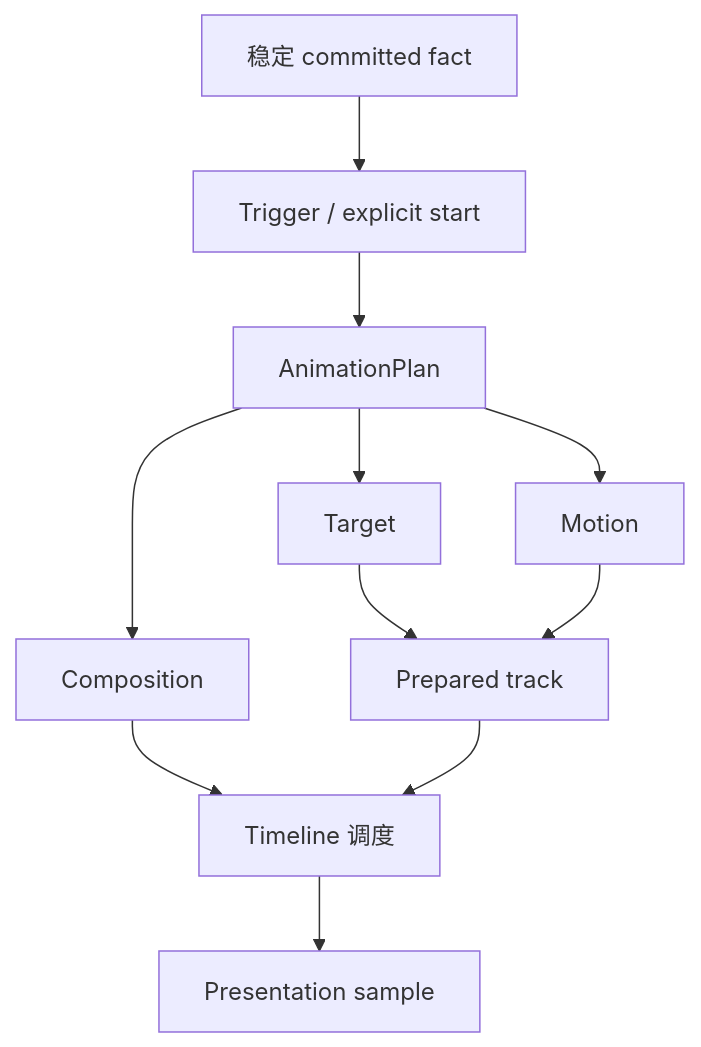
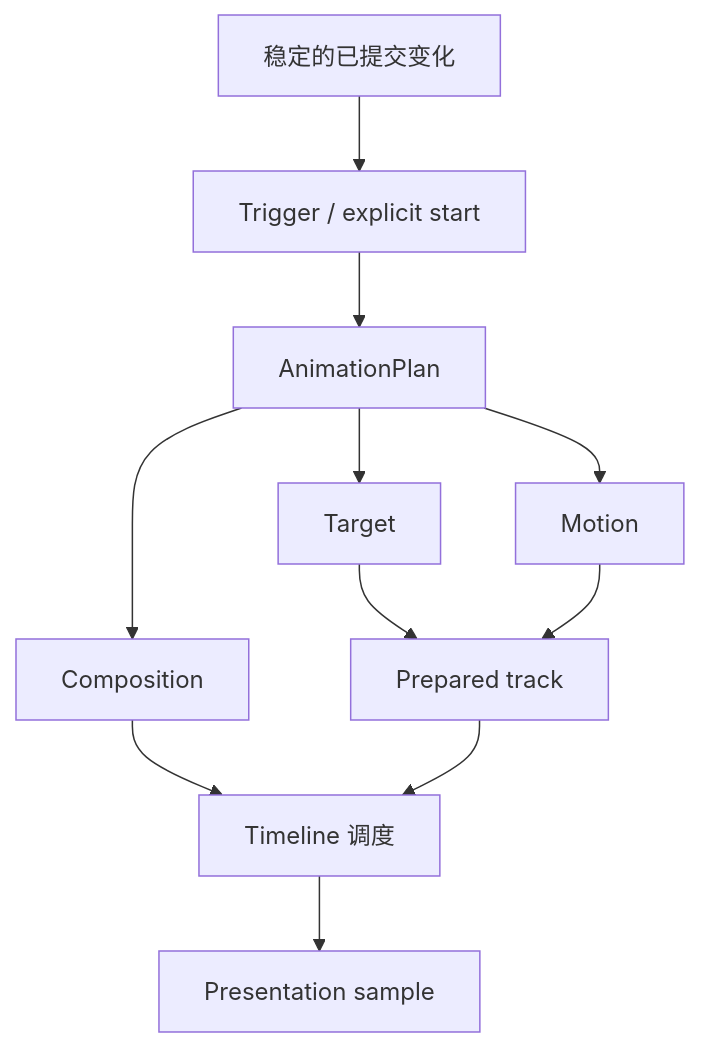
One commit to yezhang/novadraw changed the second of 3 diagrams in engine/wasm_rust/novadraw/book/internals/src/08-animation-and-presentation.md. Above: the diagram before and after it, drawn with Mermaid. The commit also changed other lines of this file and 26 other files, not shown here.

````diff
--- a/engine/wasm_rust/novadraw/book/internals/src/08-animation-and-presentation.md
+++ b/engine/wasm_rust/novadraw/book/internals/src/08-animation-and-presentation.md
@@ -84,13 +84,13 @@
 ```mermaid
 flowchart TD
-    Fact[稳定 committed fact] --> Trigger[Trigger / explicit start]
+    Fact[稳定的已提交变化] --> Trigger[Trigger / explicit start]
     Trigger --> Plan[AnimationPlan]
     Plan --> Target[Target]
     Plan --> Motion[Motion]
     Plan --> Composition[Composition]
     Target --> Track[Prepared track]
     Motion --> Track
     Composition --> Timeline[Timeline 调度]
     Track --> Timeline
     Timeline --> Sample[Presentation sample]
 ```
````
